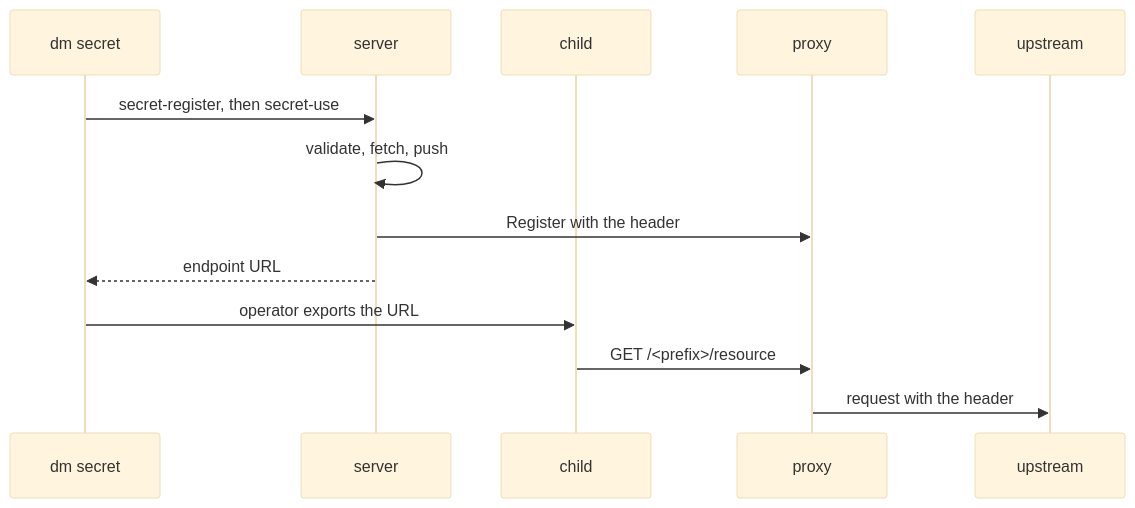
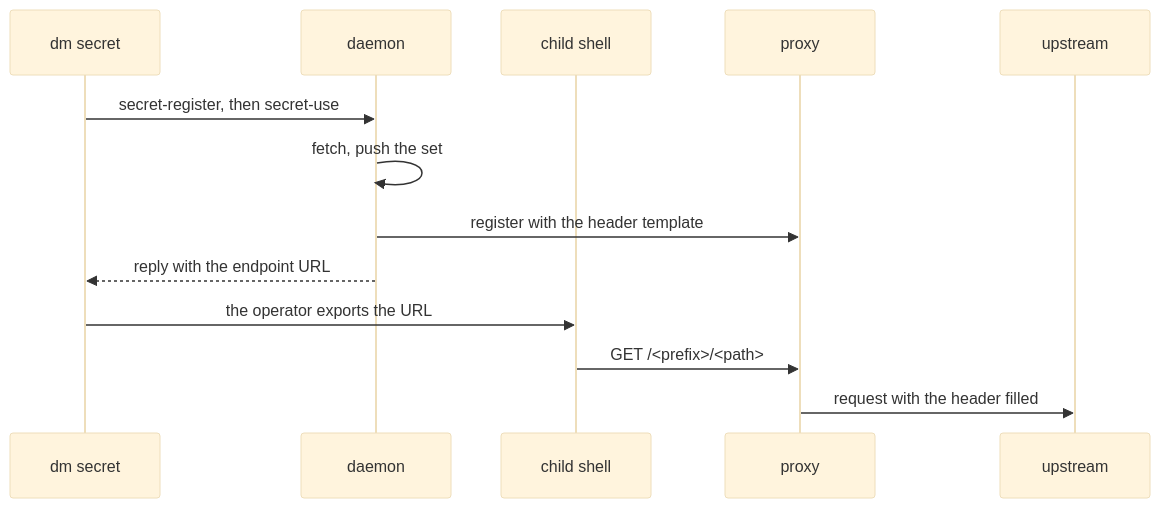
One commit to ladydascalie/dm changed the diagram in docs/internals/09-secrets.md. Above: the diagram before and after it, drawn with Mermaid (base theme). The commit also changed other lines of this file and 13 other files, not shown here.

````diff
--- a/docs/internals/09-secrets.md
+++ b/docs/internals/09-secrets.md
@@ -71,15 +95,15 @@
 ```mermaid
 sequenceDiagram
     participant CLI as dm secret
-    participant SRV as server
-    participant CH as child
+    participant SRV as daemon
+    participant CH as child shell
     participant PX as proxy
     participant UP as upstream
     CLI->>SRV: secret-register, then secret-use
-    SRV->>SRV: validate, fetch, push
-    SRV->>PX: Register with the header
-    SRV-->>CLI: endpoint URL
-    CLI->>CH: operator exports the URL
-    CH->>PX: GET /<prefix>/resource
-    PX->>UP: request with the header
+    SRV->>SRV: fetch, push the set
+    SRV->>PX: register with the header template
+    SRV-->>CLI: reply with the endpoint URL
+    CLI->>CH: the operator exports the URL
+    CH->>PX: GET /<prefix>/<path>
+    PX->>UP: request with the header filled
 ```
````
